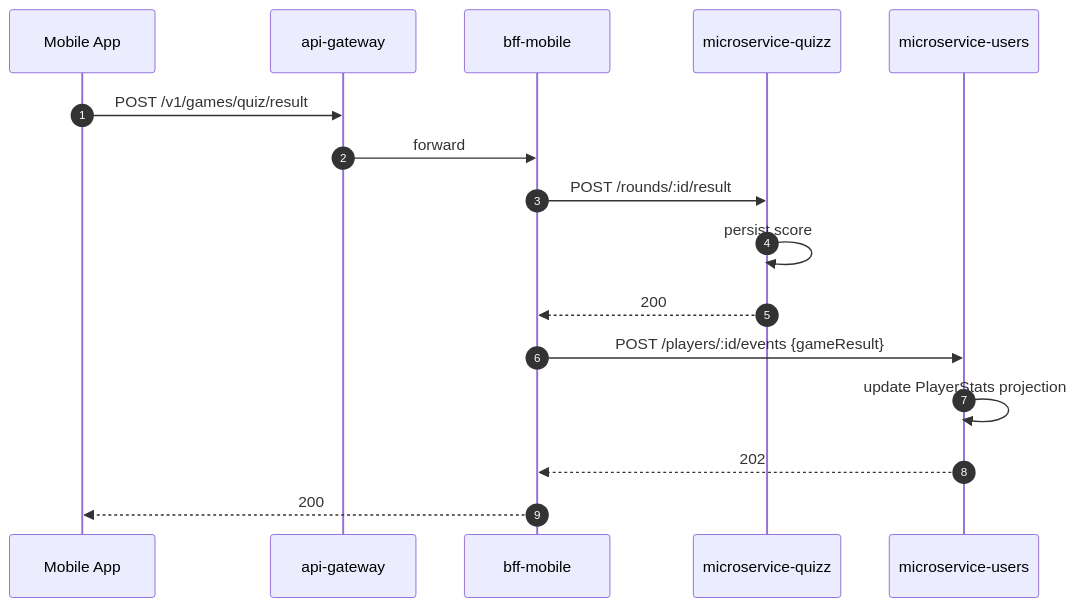
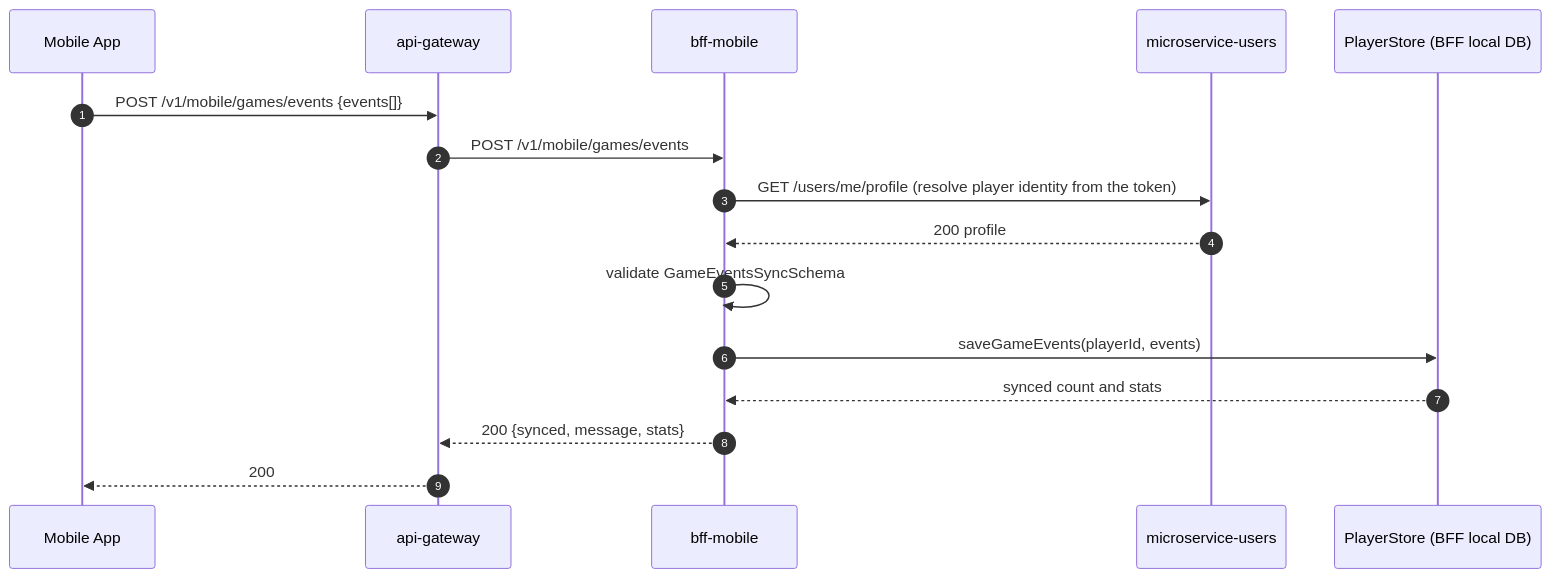
The sixth of 7 diagrams in architecture/key-sequence-flows.md (AxiomNode/docs), drawn with Mermaid before and after one commit. The commit also changed other lines of this file and 12 other files, not shown here.

First line of the commit message:
docs(architecture): align flows, topology and contract claims with code on main (#11)

````diff
--- a/architecture/key-sequence-flows.md
+++ b/architecture/key-sequence-flows.md
@@ -155,19 +164,19 @@
 ```mermaid
 sequenceDiagram
   autonumber
   participant App as Mobile App
   participant GW as api-gateway
   participant BFF as bff-mobile
-  participant Q as microservice-quizz
   participant U as microservice-users
+  participant PS as PlayerStore (BFF local DB)
 
-  App->>GW: POST /v1/games/quiz/result
-  GW->>BFF: forward
-  BFF->>Q: POST /rounds/:id/result
-  Q->>Q: persist score
-  Q-->>BFF: 200
-  BFF->>U: POST /players/:id/events {gameResult}
-  U->>U: update PlayerStats projection
-  U-->>BFF: 202
-  BFF-->>App: 200
+  App->>GW: POST /v1/mobile/games/events {events[]}
+  GW->>BFF: POST /v1/mobile/games/events
+  BFF->>U: GET /users/me/profile (resolve player identity from the token)
+  U-->>BFF: 200 profile
+  BFF->>BFF: validate GameEventsSyncSchema
+  BFF->>PS: saveGameEvents(playerId, events)
+  PS-->>BFF: synced count and stats
+  BFF-->>GW: 200 {synced, message, stats}
+  GW-->>App: 200
 ```
````
